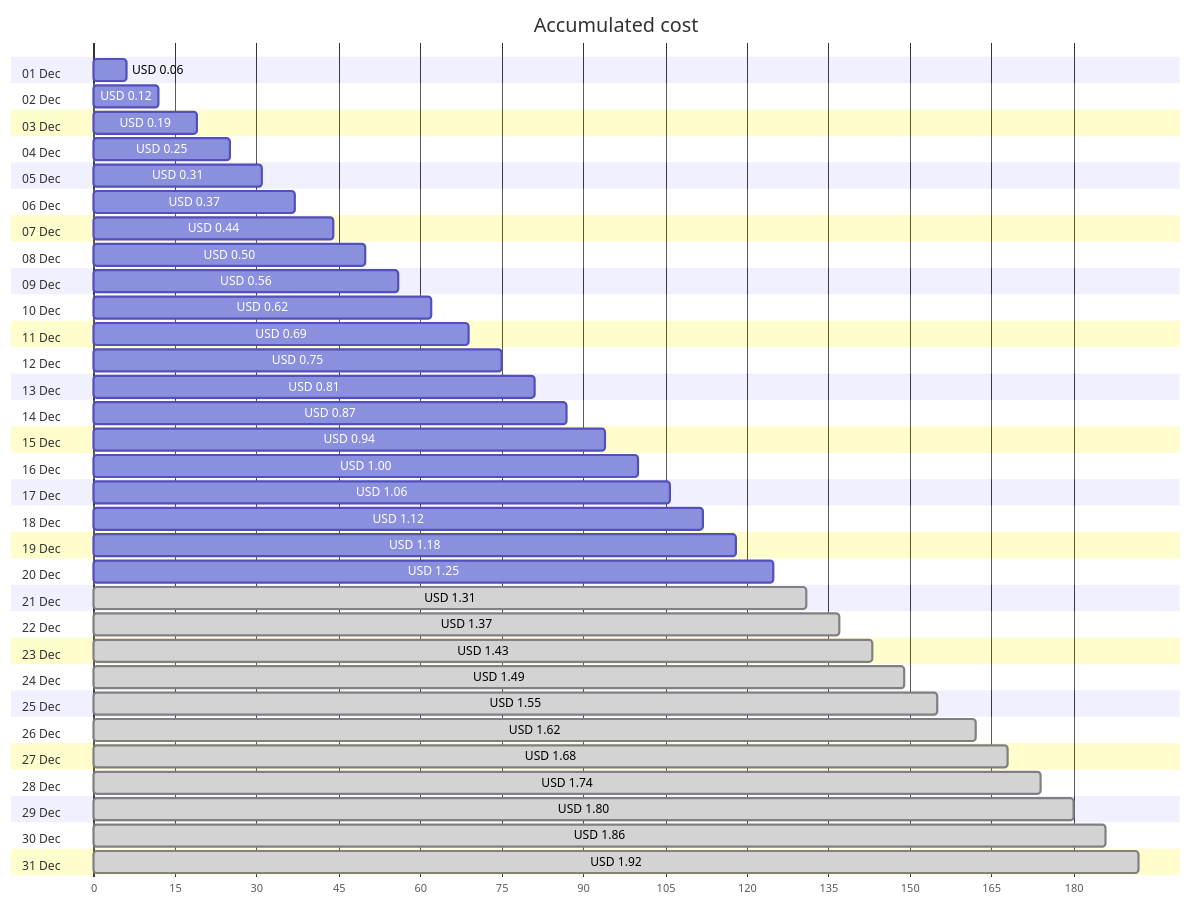
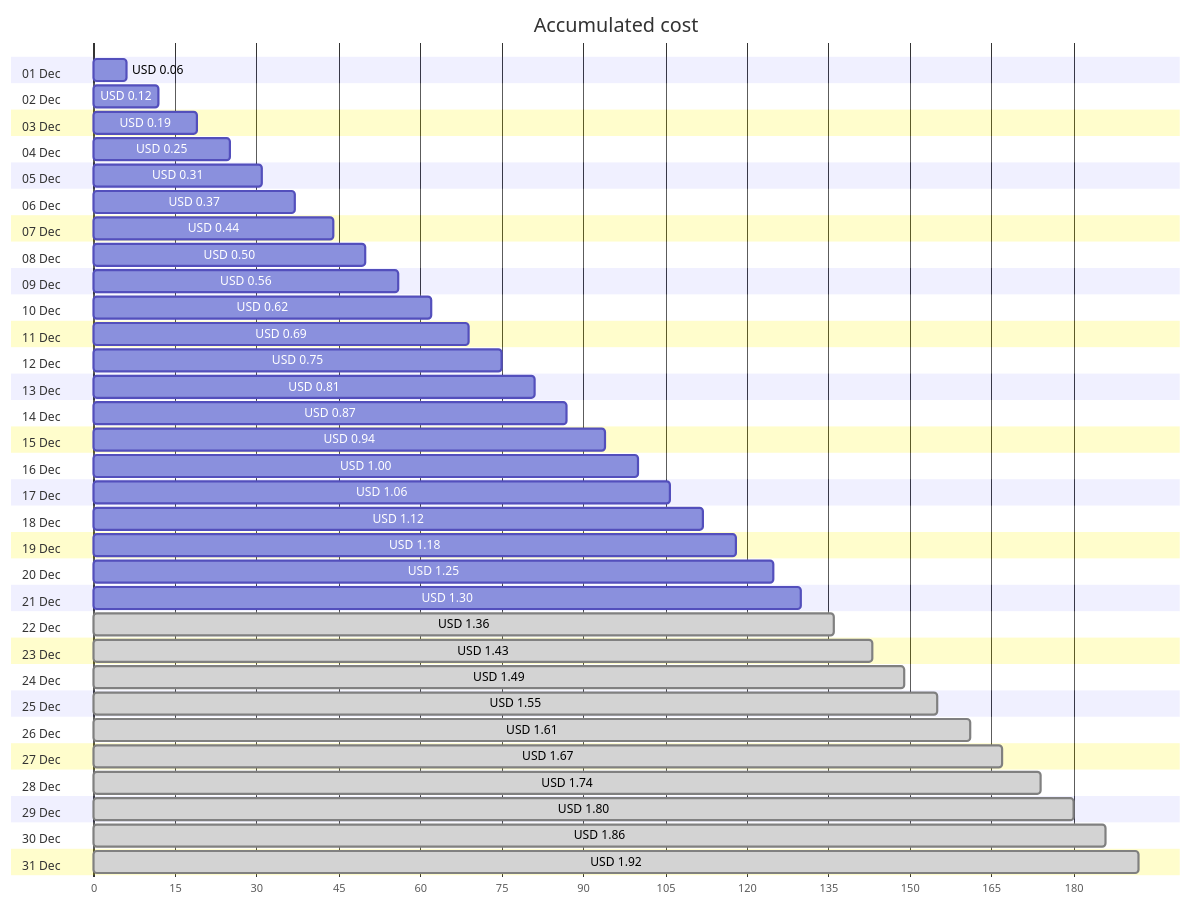
One commit to jpfulton/azure-personal-reports changed the first of 4 diagrams in cost-reports/personal-network/vpn-server_OsDisk.md. Above: the diagram before and after it, drawn with Mermaid. The commit also changed other lines of this file and 8 other files, not shown here.

````diff
--- a/cost-reports/personal-network/vpn-server_OsDisk.md
+++ b/cost-reports/personal-network/vpn-server_OsDisk.md
@@ -20,68 +20,68 @@
 ```mermaid
 gantt
    title Accumulated cost
    dateFormat  X
    axisFormat %s
    section 01 Dec
    USD 0.06 :0, 6
    section 02 Dec
    USD 0.12 :0, 12
    section 03 Dec
    USD 0.19 :0, 19
    section 04 Dec
    USD 0.25 :0, 25
    section 05 Dec
    USD 0.31 :0, 31
    section 06 Dec
    USD 0.37 :0, 37
    section 07 Dec
    USD 0.44 :0, 44
    section 08 Dec
    USD 0.50 :0, 50
    section 09 Dec
    USD 0.56 :0, 56
    section 10 Dec
    USD 0.62 :0, 62
    section 11 Dec
    USD 0.69 :0, 69
    section 12 Dec
    USD 0.75 :0, 75
    section 13 Dec
    USD 0.81 :0, 81
    section 14 Dec
    USD 0.87 :0, 87
    section 15 Dec
    USD 0.94 :0, 94
    section 16 Dec
    USD 1.00 :0, 100
    section 17 Dec
    USD 1.06 :0, 106
    section 18 Dec
    USD 1.12 :0, 112
    section 19 Dec
    USD 1.18 :0, 118
    section 20 Dec
    USD 1.25 :0, 125
    section 21 Dec
-   USD 1.31 : done, 0, 131
+   USD 1.30 :0, 130
    section 22 Dec
-   USD 1.37 : done, 0, 137
+   USD 1.36 : done, 0, 136
    section 23 Dec
    USD 1.43 : done, 0, 143
    section 24 Dec
    USD 1.49 : done, 0, 149
    section 25 Dec
    USD 1.55 : done, 0, 155
    section 26 Dec
-   USD 1.62 : done, 0, 162
+   USD 1.61 : done, 0, 161
    section 27 Dec
-   USD 1.68 : done, 0, 168
+   USD 1.67 : done, 0, 167
    section 28 Dec
    USD 1.74 : done, 0, 174
    section 29 Dec
    USD 1.80 : done, 0, 180
    section 30 Dec
    USD 1.86 : done, 0, 186
    section 31 Dec
    USD 1.92 : done, 0, 192
 ```
````
